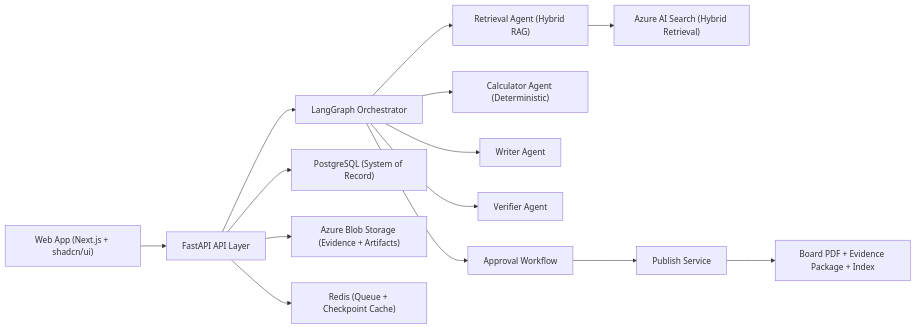
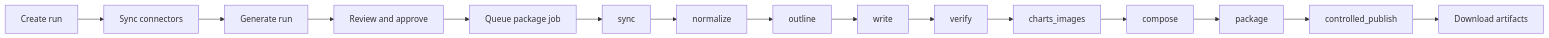
Before and after one commit to aliozkanozdurmus/sustainability-project: the first of 2 diagrams in README.md, drawn with Mermaid. The commit also changed other lines of this file and 27 other files, not shown here.

First line of the commit message:
Add dashboard API, schemas and UI components

````diff
--- a/README.md
+++ b/README.md
@@ -84,16 +32,17 @@
 ```mermaid
 flowchart LR
-  A["Web App (Next.js + shadcn/ui)"] --> B["FastAPI API Layer"]
-  B --> C["LangGraph Orchestrator"]
-  C --> D["Retrieval Agent (Hybrid RAG)"]
-  C --> E["Calculator Agent (Deterministic)"]
-  C --> F["Writer Agent"]
-  C --> G["Verifier Agent"]
-  D --> H["Azure AI Search (Hybrid Retrieval)"]
-  B --> I["PostgreSQL (System of Record)"]
-  B --> J["Azure Blob Storage (Evidence + Artifacts)"]
-  B --> K["Redis (Queue + Checkpoint Cache)"]
-  C --> L["Approval Workflow"]
-  L --> M["Publish Service"]
-  M --> N["Board PDF + Evidence Package + Index"]
+  A[Create run] --> B[Sync connectors]
+  B --> C[Generate run]
+  C --> D[Review and approve]
+  D --> E[Queue package job]
+  E --> F[sync]
+  F --> G[normalize]
+  G --> H[outline]
+  H --> I[write]
+  I --> J[verify]
+  J --> K[charts_images]
+  K --> L[compose]
+  L --> M[package]
+  M --> N[controlled_publish]
+  N --> O[Download artifacts]
 ```
````
